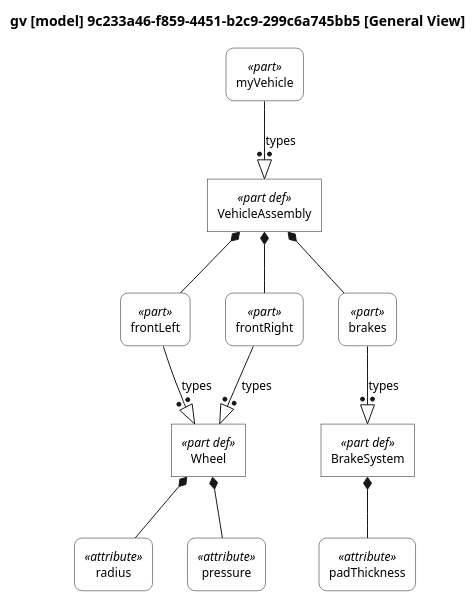
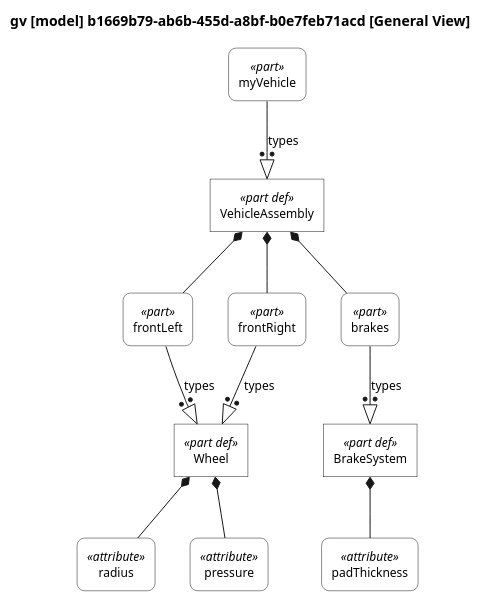
Before and after one commit to mycr0ft/sysml2py: the diagram in docs/plantuml-examples/04-bw-style.puml, drawn with PlantUML. The commit also changed 27 other files, not shown here.

```diff
--- a/docs/plantuml-examples/04-bw-style.puml
+++ b/docs/plantuml-examples/04-bw-style.puml
@@ -1,173 +1,173 @@
 @startuml
 
 skinparam monochrome true
 skinparam wrapWidth 300
 skinparam defaultFontSize 12
 skinparam defaultFontName Helvetica
 
 skinparam rectangle<<part def>> {
     RoundCorner 0
     BackgroundColor white
 }
 skinparam rectangle<<part>> {
     RoundCorner 15
     BackgroundColor white
 }
 skinparam rectangle<<action def>> {
     RoundCorner 0
     BackgroundColor white
 }
 skinparam rectangle<<action>> {
     RoundCorner 15
     BackgroundColor white
 }
 skinparam rectangle<<state def>> {
     RoundCorner 0
     BackgroundColor white
 }
 skinparam rectangle<<state>> {
     RoundCorner 15
     BackgroundColor white
 }
 skinparam rectangle<<port def>> {
     RoundCorner 0
     BackgroundColor white
 }
 skinparam rectangle<<port>> {
     RoundCorner 15
     BackgroundColor white
 }
 skinparam rectangle<<interface def>> {
     RoundCorner 0
     BackgroundColor white
 }
 skinparam rectangle<<interface>> {
     RoundCorner 15
     BackgroundColor white
 }
 skinparam rectangle<<item def>> {
     RoundCorner 0
     BackgroundColor white
 }
 skinparam rectangle<<item>> {
     RoundCorner 15
     BackgroundColor white
 }
 skinparam rectangle<<attribute def>> {
     RoundCorner 0
     BackgroundColor white
 }
 skinparam rectangle<<attribute>> {
     RoundCorner 15
     BackgroundColor white
 }
 skinparam rectangle<<connection def>> {
     RoundCorner 0
     BackgroundColor white
 }
 skinparam rectangle<<connection>> {
     RoundCorner 15
     BackgroundColor white
 }
 skinparam rectangle<<flow def>> {
     RoundCorner 0
     BackgroundColor white
 }
 skinparam rectangle<<flow>> {
     RoundCorner 15
     BackgroundColor white
 }
 skinparam rectangle<<requirement def>> {
     RoundCorner 0
     BackgroundColor white
 }
 skinparam rectangle<<requirement>> {
     RoundCorner 15
     BackgroundColor white
 }
 skinparam rectangle<<use case def>> {
     RoundCorner 0
     BackgroundColor white
 }
 skinparam rectangle<<use case>> {
     RoundCorner 15
     BackgroundColor white
 }
 skinparam rectangle<<constraint def>> {
     RoundCorner 0
     BackgroundColor white
 }
 skinparam rectangle<<constraint>> {
     RoundCorner 15
     BackgroundColor white
 }
 skinparam rectangle<<calculation def>> {
     RoundCorner 0
     BackgroundColor white
 }
 skinparam rectangle<<calculation>> {
     RoundCorner 15
     BackgroundColor white
 }
 skinparam rectangle<<enumeration def>> {
     RoundCorner 0
     BackgroundColor white
 }
 skinparam rectangle<<enumeration>> {
     RoundCorner 15
     BackgroundColor white
 }
 skinparam rectangle<<allocation def>> {
     RoundCorner 0
     BackgroundColor white
 }
 skinparam rectangle<<allocation>> {
     RoundCorner 15
     BackgroundColor white
 }
 skinparam rectangle<<view def>> {
     RoundCorner 0
     BackgroundColor white
 }
 skinparam rectangle<<view>> {
     RoundCorner 15
     BackgroundColor white
 }
 skinparam folder<<view def>> {
     RoundCorner 0
     BackgroundColor white
 }
 skinparam folder<<view>> {
     RoundCorner 15
     BackgroundColor white
 }
 
 top to bottom direction
 
-title gv [model] 9c233a46-f859-4451-b2c9-299c6a745bb5 [General View]
+title gv [model] b1669b79-ab6b-455d-a8bf-b0e7feb71acd [General View]
 
 hide circle
 
 rectangle "Wheel" as E1 <<part def>>
 rectangle "radius" as E2 <<attribute>>
 rectangle "pressure" as E4 <<attribute>>
 rectangle "BrakeSystem" as E6 <<part def>>
 rectangle "padThickness" as E7 <<attribute>>
 rectangle "VehicleAssembly" as E9 <<part def>>
 rectangle "frontLeft" as E10 <<part>>
 rectangle "frontRight" as E11 <<part>>
 rectangle "brakes" as E12 <<part>>
 rectangle "myVehicle" as E13 <<part>>
 
 E1 *-- E2
 E1 *-- E4
 E6 *-- E7
 E9 *-- E10
 E10 --:|> E1 : types
 E9 *-- E11
 E11 --:|> E1 : types
 E9 *-- E12
 E12 --:|> E6 : types
 E13 --:|> E9 : types
 
 @enduml
```
